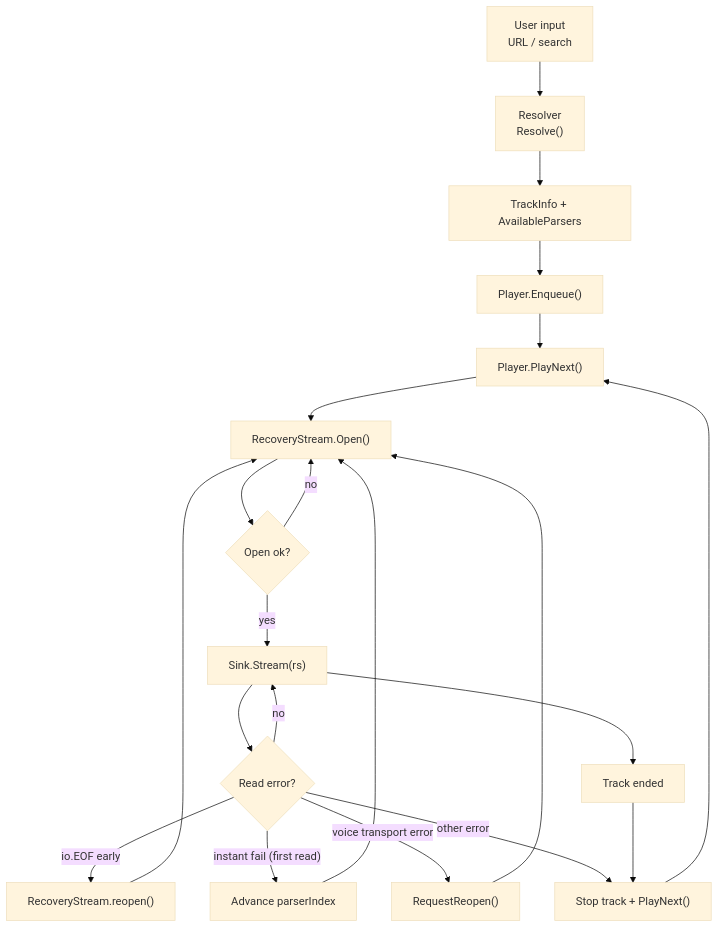
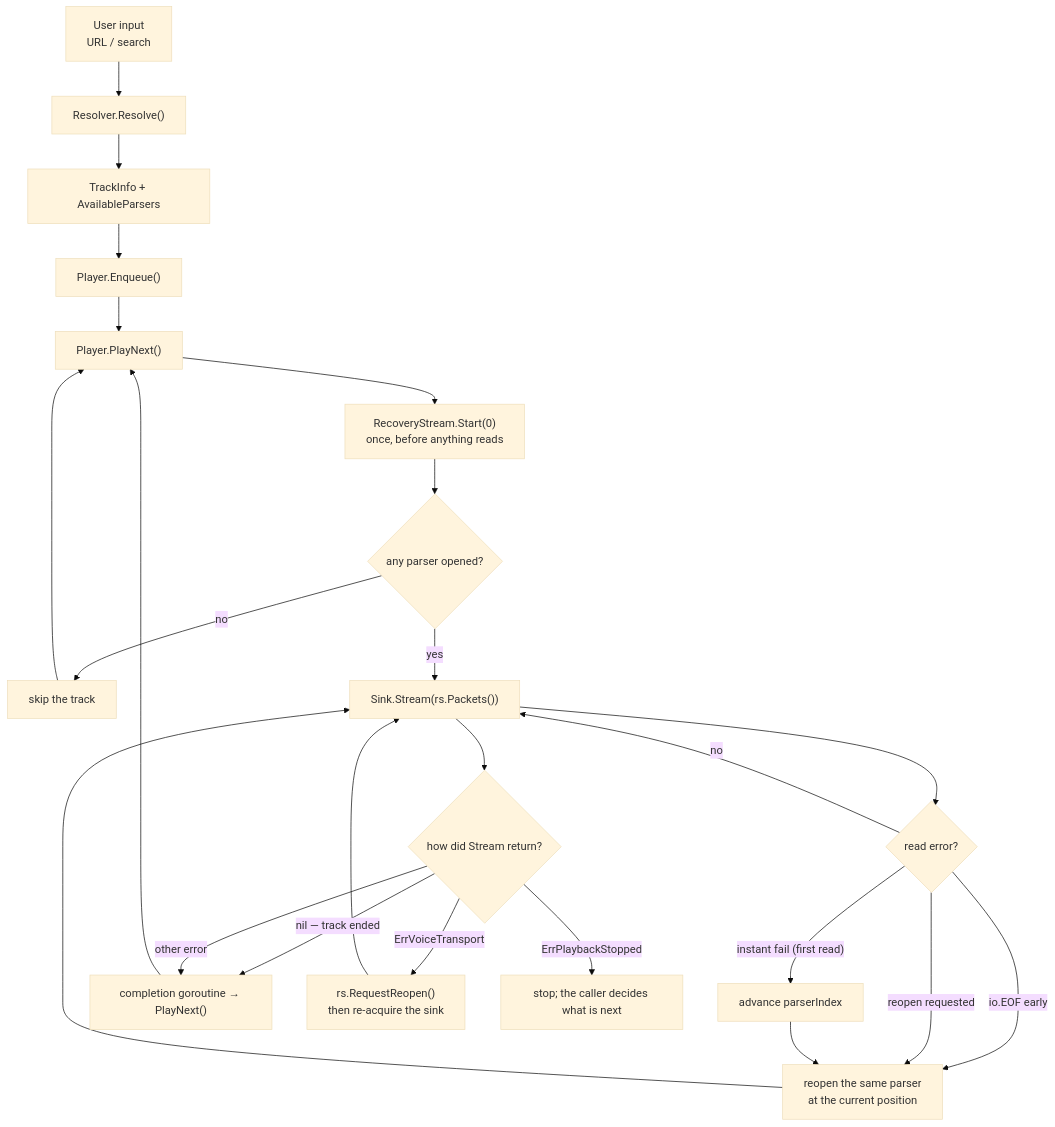
One commit to keshon/melodix changed the diagram in pkg/music/README.md. Above: the diagram before and after it, drawn with Mermaid (base theme). The commit also changed other lines of this file and 8 other files, not shown here.

````diff
--- a/pkg/music/README.md
+++ b/pkg/music/README.md
@@ -15,23 +15,26 @@
 ```mermaid
 flowchart TD
-  A["User input<br/>URL / search"] --> B["Resolver<br/>Resolve()"]
+  A["User input<br/>URL / search"] --> B["Resolver.Resolve()"]
   B --> C["TrackInfo + AvailableParsers"]
   C --> D["Player.Enqueue()"]
   D --> E["Player.PlayNext()"]
-  E --> F["RecoveryStream.Open()"]
-  F --> G{"Open ok?"}
-  G -- no --> F
-  G -- yes --> H["Sink.Stream(rs)"]
-  H --> I{"Read error?"}
+  E --> F["RecoveryStream.Start(0)<br/>once, before anything reads"]
+  F --> G{"any parser opened?"}
+  G -- no --> X["skip the track"]
+  X --> E
+  G -- yes --> H["Sink.Stream(rs.Packets())"]
+  H --> I{"read error?"}
   I -- no --> H
-  I -- io.EOF early --> J["RecoveryStream.reopen()"]
-  J --> F
-  I -- instant fail (first read) --> K["Advance parserIndex"]
-  K --> F
-  I -- voice transport error --> L["RequestReopen()"]
-  L --> F
-  I -- other error --> M["Stop track + PlayNext()"]
+  I -- "io.EOF early" --> J["reopen the same parser<br/>at the current position"]
+  I -- "instant fail (first read)" --> K["advance parserIndex"]
+  I -- "reopen requested" --> J
+  J --> H
+  K --> J
+  H --> Z{"how did Stream return?"}
+  Z -- "nil — track ended" --> M["completion goroutine → PlayNext()"]
+  Z -- ErrVoiceTransport --> Q["rs.RequestReopen()<br/>then re-acquire the sink"]
+  Q --> H
+  Z -- ErrPlaybackStopped --> S["stop; the caller decides what is next"]
+  Z -- "other error" --> M
   M --> E
-  H --> N["Track ended"]
-  N --> M
 ```
````
